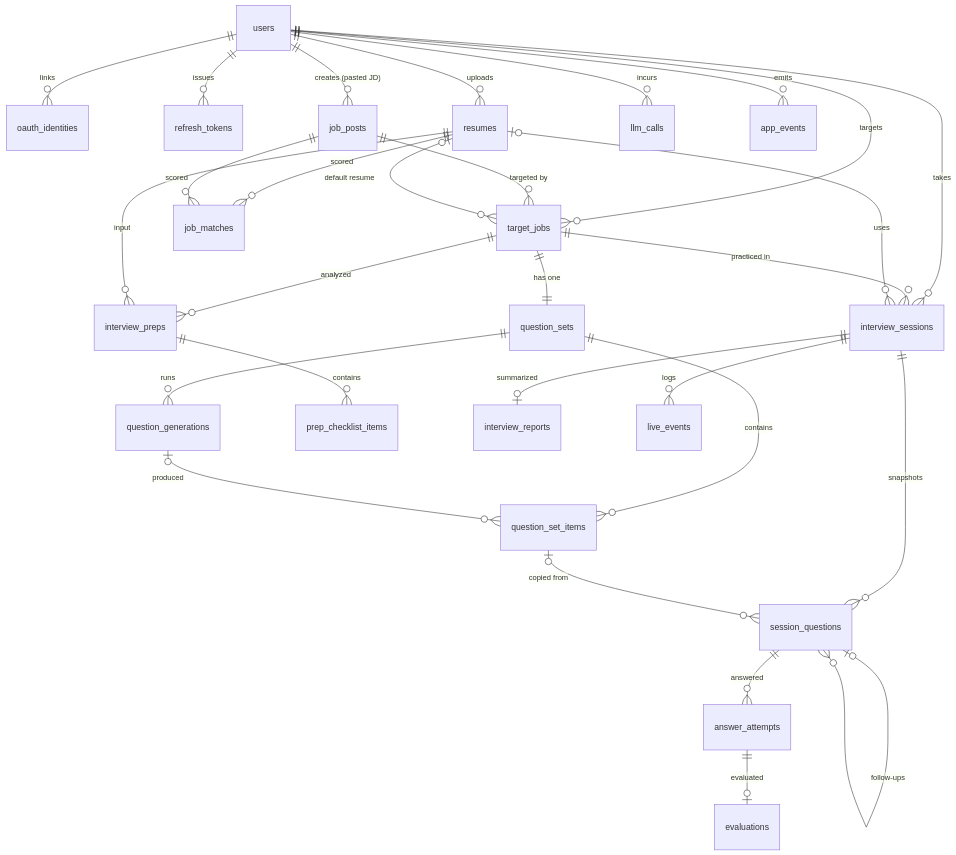
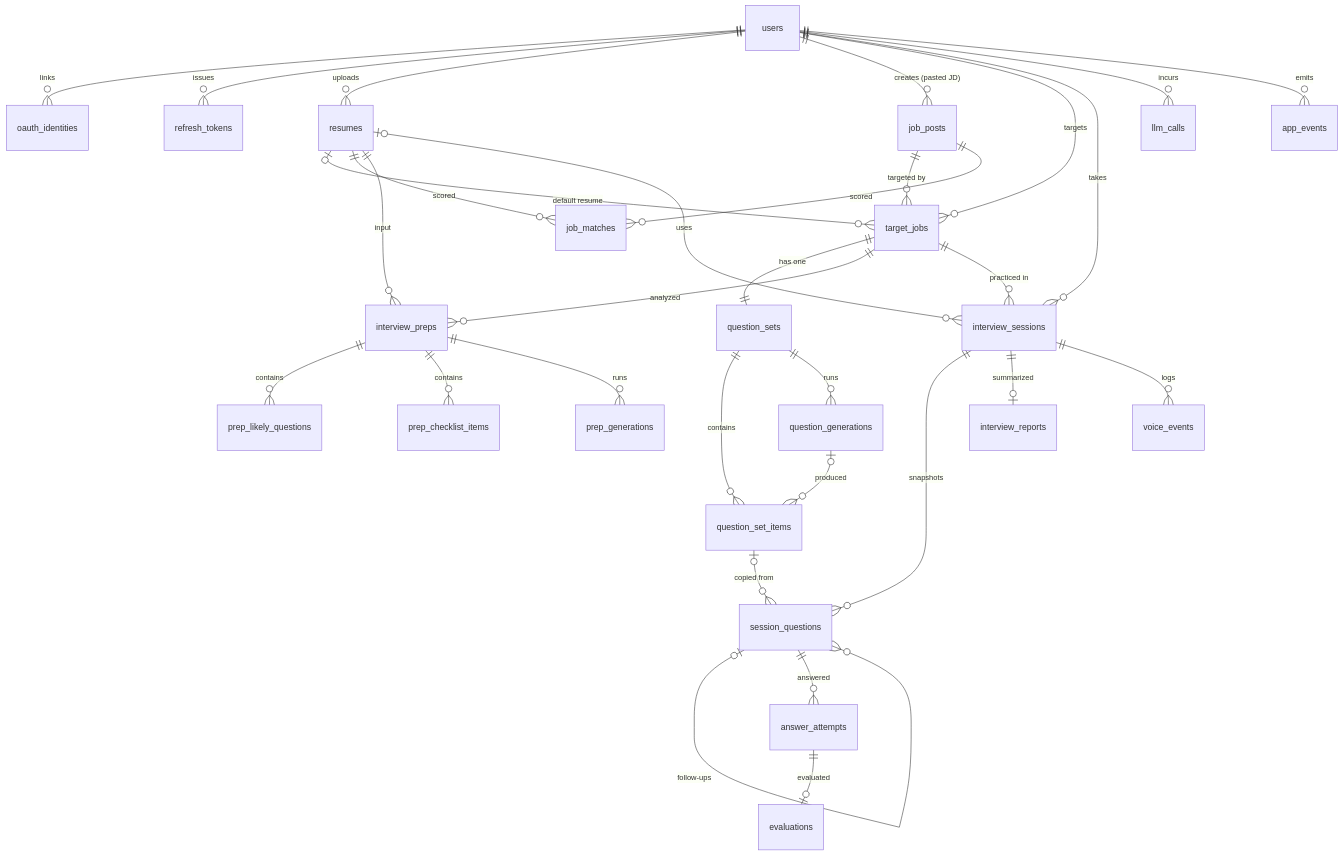
The first of 4 diagrams in spec/postgresql.md (WilliamTsai1227/AI_Interview), drawn with Mermaid before and after one commit. The commit also changed other lines of this file and 4 other files, not shown here.

First line of the commit message:
Switch voice to chained + Realtime, add target jobs page, rework prep page

````diff
--- a/spec/postgresql.md
+++ b/spec/postgresql.md
@@ -29,35 +29,37 @@
 ```mermaid
 erDiagram
     users ||--o{ oauth_identities : links
     users ||--o{ refresh_tokens : issues
     users ||--o{ resumes : uploads
     users ||--o{ job_posts : "creates (pasted JD)"
     users ||--o{ target_jobs : targets
     job_posts ||--o{ target_jobs : "targeted by"
     resumes |o--o{ target_jobs : "default resume"
     resumes ||--o{ job_matches : scored
     job_posts ||--o{ job_matches : scored
 
     target_jobs ||--|| question_sets : "has one"
     question_sets ||--o{ question_set_items : contains
     question_sets ||--o{ question_generations : runs
     question_generations |o--o{ question_set_items : produced
 
     target_jobs ||--o{ interview_preps : analyzed
     resumes ||--o{ interview_preps : input
+    interview_preps ||--o{ prep_likely_questions : contains
     interview_preps ||--o{ prep_checklist_items : contains
+    interview_preps ||--o{ prep_generations : runs
 
     users ||--o{ interview_sessions : takes
     target_jobs ||--o{ interview_sessions : "practiced in"
     resumes |o--o{ interview_sessions : uses
     interview_sessions ||--o{ session_questions : "snapshots"
     session_questions |o--o{ session_questions : "follow-ups"
     question_set_items |o--o{ session_questions : "copied from"
     session_questions ||--o{ answer_attempts : answered
     answer_attempts ||--o| evaluations : evaluated
     interview_sessions ||--o| interview_reports : summarized
 
     users ||--o{ llm_calls : incurs
-    interview_sessions ||--o{ live_events : logs
+    interview_sessions ||--o{ voice_events : logs
     users ||--o{ app_events : emits
 ```
````
